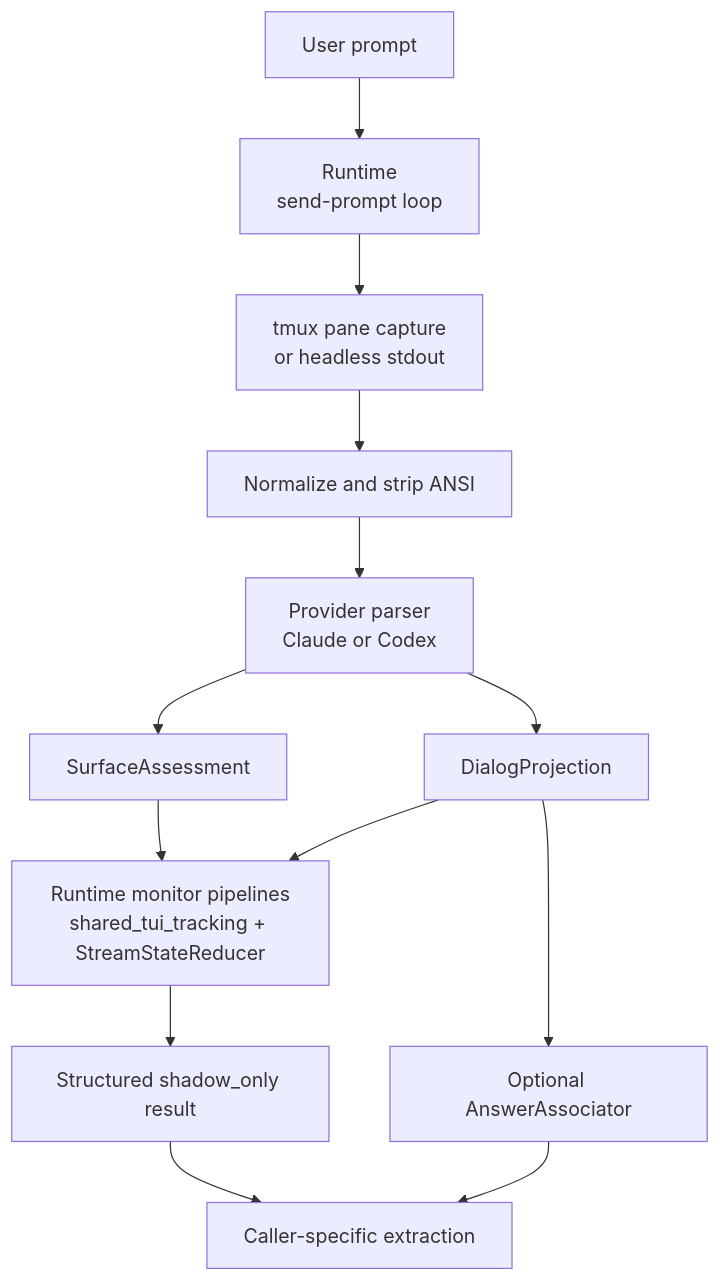
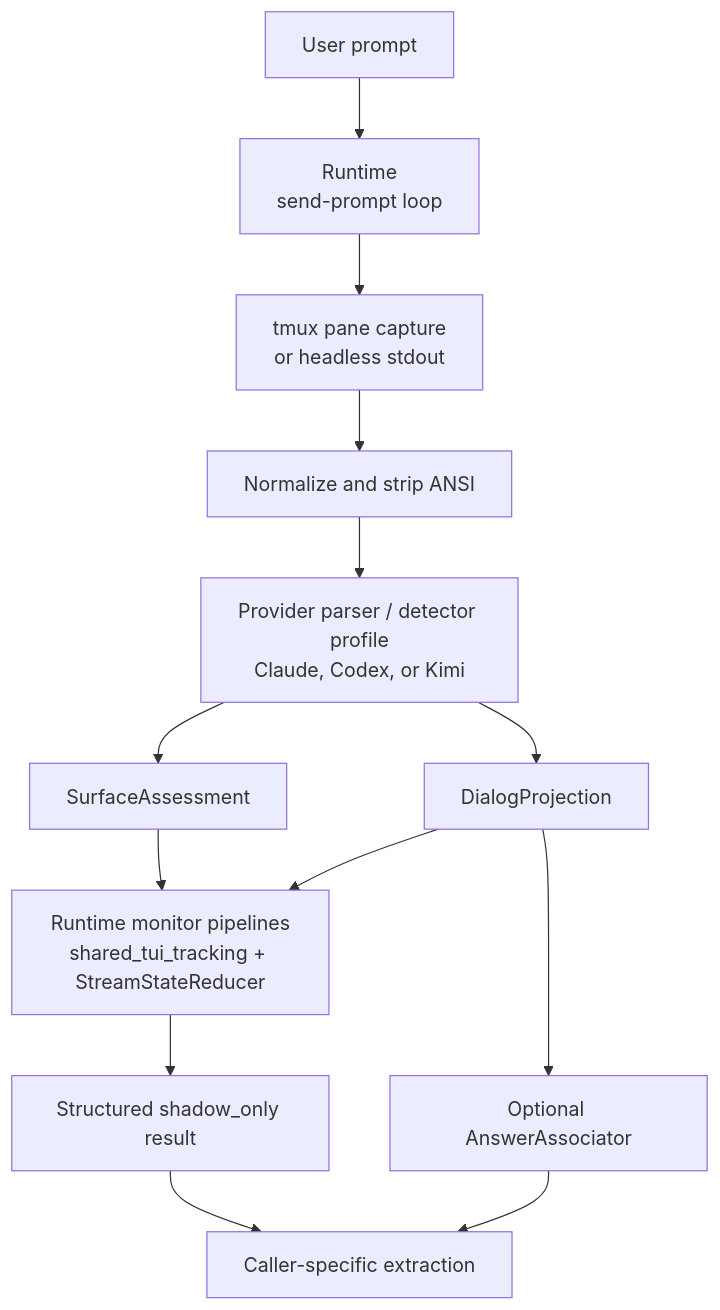
Before and after one commit to igamenovoer/houmao: the diagram in docs/developer/tui-parsing/architecture.md, drawn with Mermaid. The commit also changed other lines of this file and 93 other files, not shown here.

````diff
--- a/docs/developer/tui-parsing/architecture.md
+++ b/docs/developer/tui-parsing/architecture.md
@@ -22,15 +22,15 @@
 ```mermaid
 flowchart TD
     U[User prompt] --> RT[Runtime<br/>send-prompt loop]
     RT --> TMUX[tmux pane capture<br/>or headless stdout]
     TMUX --> N[Normalize and strip ANSI]
-    N --> PP[Provider parser<br/>Claude or Codex]
+    N --> PP[Provider parser / detector profile<br/>Claude, Codex, or Kimi]
     PP --> SA[SurfaceAssessment]
     PP --> DP[DialogProjection]
     SA --> RM[Runtime monitor pipelines<br/>shared_tui_tracking + StreamStateReducer]
     DP --> RM
     DP --> AA[Optional AnswerAssociator]
     RM --> RES[Structured shadow_only result]
     AA --> CALLER[Caller-specific extraction]
     RES --> CALLER
 ```
````
